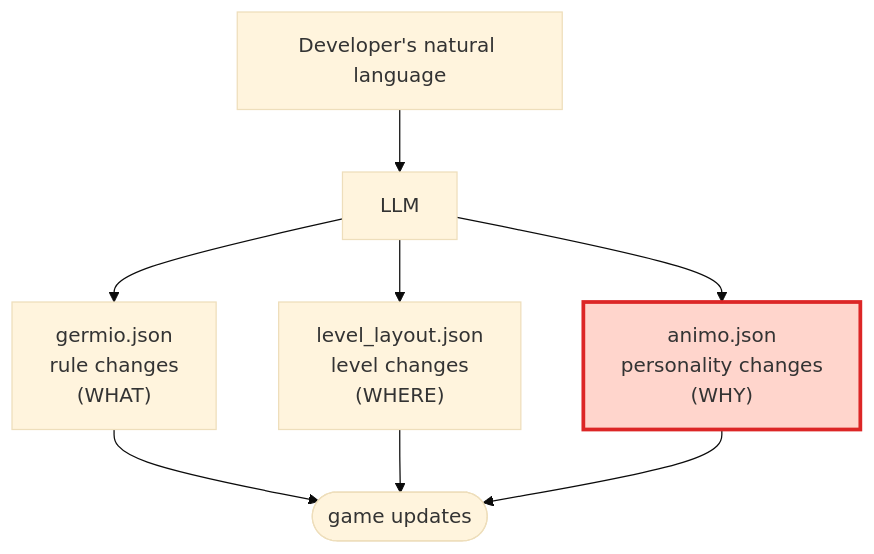
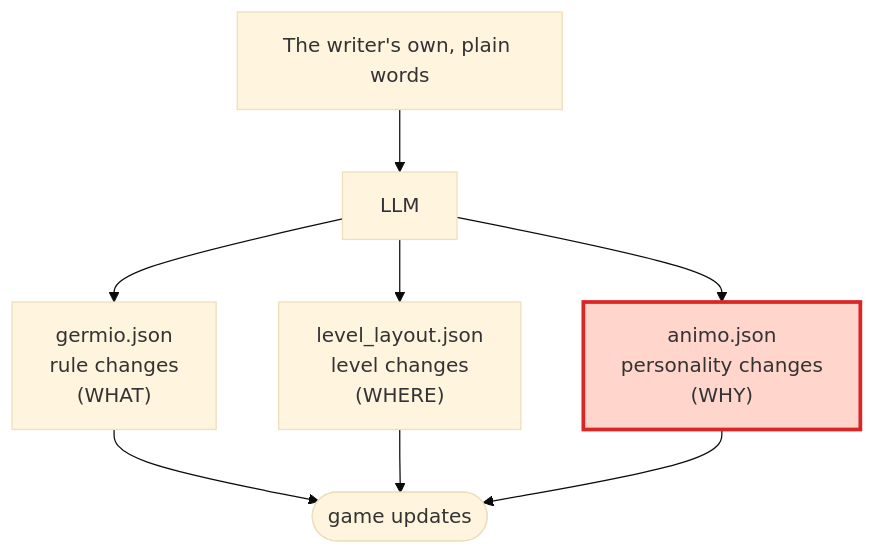
Diagram 46 of 56 in docs/animo_spec.md (hiroxpepe/animo), drawn with Mermaid (base theme) before and after one commit. The commit also changed other lines of this file, not shown here.

Commit message:
fix: Update the mermaid diagram text to fit Basic English

````diff
--- a/docs/animo_spec.md
+++ b/docs/animo_spec.md
@@ -2894,17 +2894,17 @@
 ```mermaid
 flowchart TB
-  Dev["Developer's natural language"]
+  Dev["The writer's own, plain words"]
   LLM["LLM"]
   G["germio.json<br/>rule changes<br/>(WHAT)"]
   B["level_layout.json<br/>level changes<br/>(WHERE)"]
   A["animo.json<br/>personality changes<br/>(WHY)"]
   Game(["game updates"])
   Dev --> LLM
   LLM --> G
   LLM --> B
   LLM --> A
   G --> Game
   B --> Game
   A --> Game
   style A fill:#ffd5cc,stroke:#dc2626,stroke-width:3px
 ```
````
